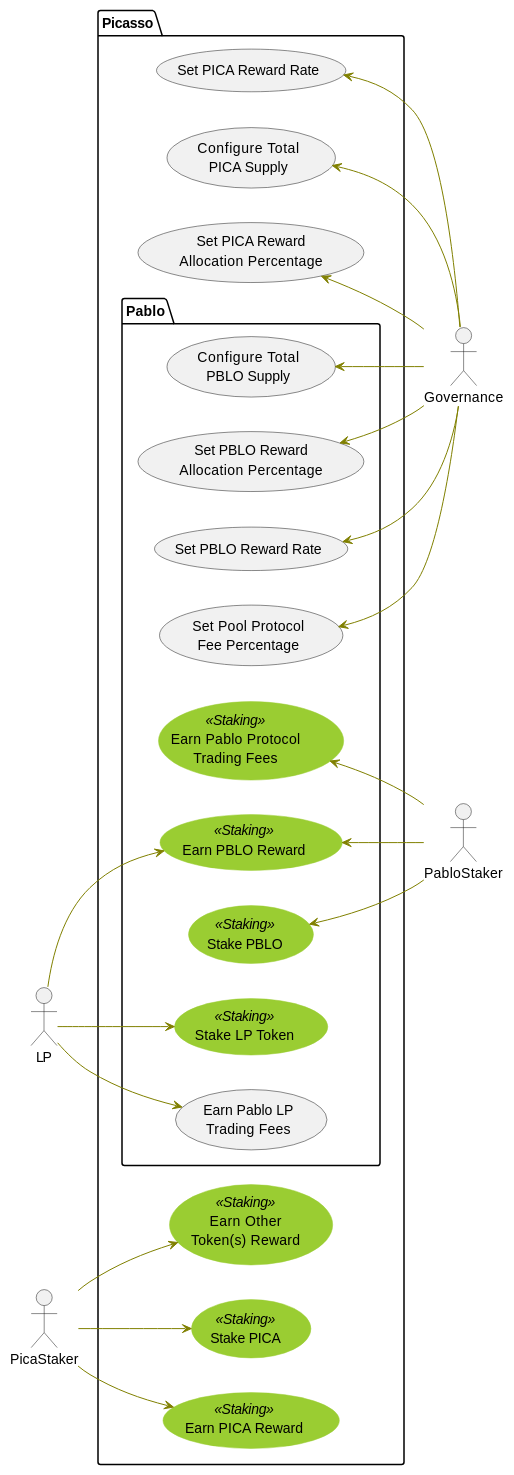
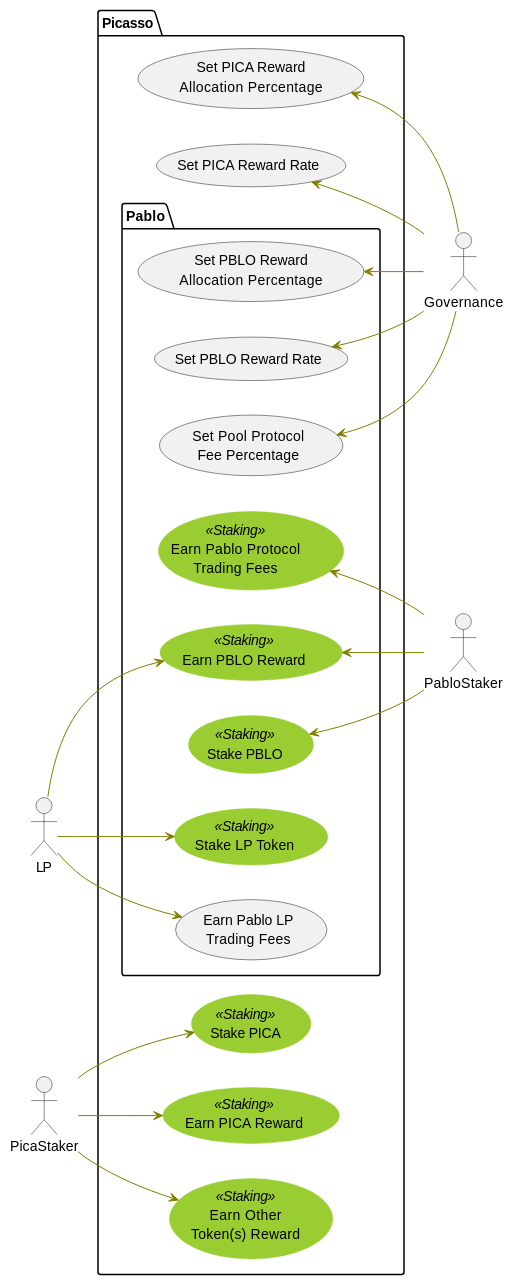
One commit to ComposableFi/composable changed the first of 12 diagrams in rfcs/0004-pablo-distribution.adoc. Above: the diagram before and after it, drawn with PlantUML. The commit also changed other lines of this file, not shown here.

```diff
--- a/rfcs/0004-pablo-distribution.adoc
+++ b/rfcs/0004-pablo-distribution.adoc
@@ -45,51 +45,47 @@
 [plantuml,images/pablo-distribution-users,png]
 ----
 skinparam usecase {
 BackgroundColor<< Staking >> YellowGreen
 BorderColor<< Staking >> YellowGreen
 
 ArrowColor Olive
 }
 left to right direction
 actor LP as lp
 actor Governance as g
 actor PicaStaker as s
 actor PabloStaker as p
 
 package Picasso {
     package Pablo {
         usecase "Stake PBLO" as UC2 <<Staking>>
         usecase "Earn PBLO Reward" as UC4 <<Staking>>
         usecase "Stake LP Token" as UC5 <<Staking>>
         usecase "Earn Pablo LP\nTrading Fees" as UC6
         usecase "Earn Pablo Protocol\nTrading Fees" as UC13 <<Staking>>
         usecase "Set Pool Protocol\nFee Percentage" as UC7
         usecase "Set PBLO Reward Rate" as UC9
         usecase "Set PBLO Reward\nAllocation Percentage" as UC12
-        usecase "Configure Total\nPBLO Supply" as UC14
     }
     usecase "Stake PICA" as UC1 <<Staking>>
     usecase "Earn PICA Reward" as UC3 <<Staking>>
     usecase "Earn Other\nToken(s) Reward" as UC10 <<Staking>>
     usecase "Set PICA Reward Rate" as UC8
     usecase "Set PICA Reward\nAllocation Percentage" as UC11
-    usecase "Configure Total\nPICA Supply" as UC15
 }
 
 p -up-> UC2
 p -up-> UC4
 p -up-> UC13
 s --> UC1
 s --> UC3
 s --> UC10
 lp --> UC4
 lp --> UC5
 lp --> UC6
 g -up-> UC7
 g -up-> UC8
 g -up-> UC9
 g -up-> UC11
 g -up-> UC12
-g -up-> UC14
-g -up-> UC15
 ----
```
